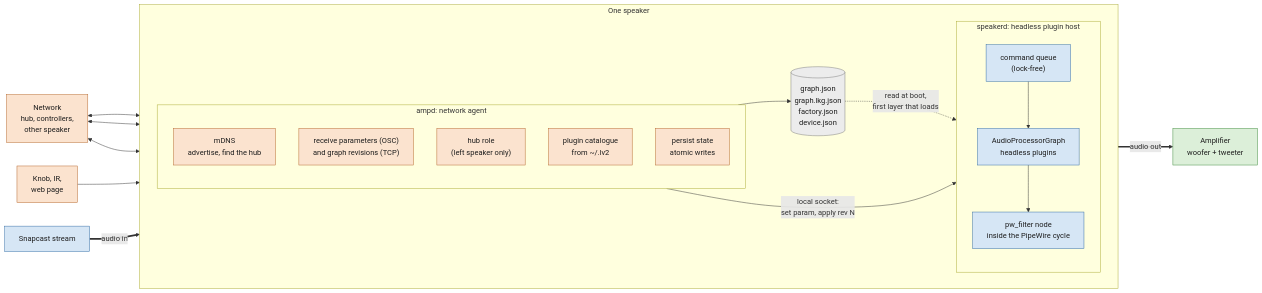
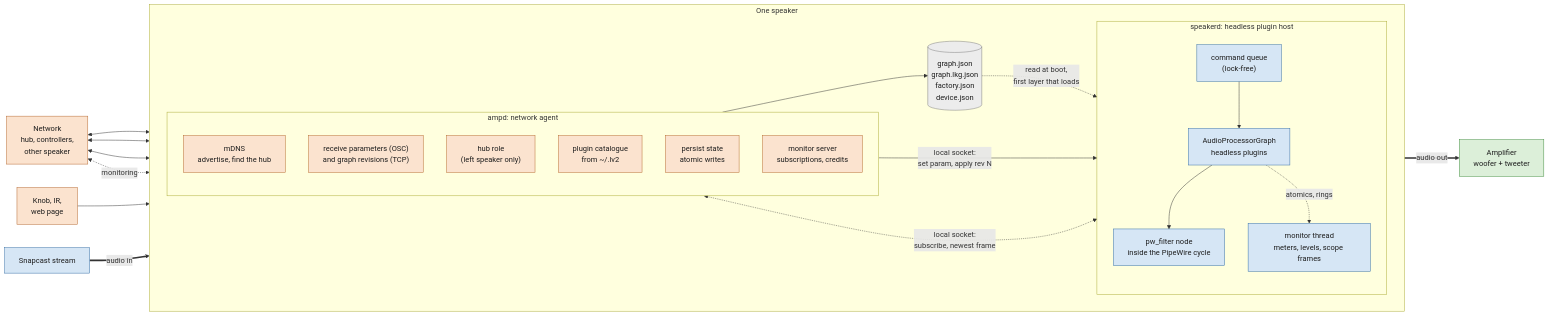
Before and after one commit to AMuszkat/bpi_amp_platform: the fourth of 12 diagrams in docs/remote-plugin-host.md, drawn with Mermaid. The commit also changed other lines of this file and 1 other file, not shown here.

First line of the commit message:
Add monitoring from the speakers to the controller

````diff
--- a/docs/remote-plugin-host.md
+++ b/docs/remote-plugin-host.md
@@ -182,40 +190,45 @@
 ```mermaid
 flowchart LR
     classDef ctl fill:#fbe3cf,stroke:#b4642a,color:#1d1d1d
     classDef aud fill:#d6e6f5,stroke:#2f6aa3,color:#1d1d1d
     classDef sto fill:#ececec,stroke:#7a7a7a,color:#1d1d1d
     classDef hw fill:#dcefd9,stroke:#3d8a3a,color:#1d1d1d
 
     net["Network<br/>hub, controllers,<br/>other speaker"]:::ctl
     knob["Knob, IR,<br/>web page"]:::ctl
 
     subgraph SPK["One speaker"]
         direction LR
         subgraph AMPD["ampd: network agent"]
             direction TB
             disc["mDNS<br/>advertise, find the hub"]:::ctl
             rx["receive parameters (OSC)<br/>and graph revisions (TCP)"]:::ctl
             hubrole["hub role<br/>(left speaker only)"]:::ctl
             cat["plugin catalogue<br/>from ~/.lv2"]:::ctl
             persist["persist state<br/>atomic writes"]:::ctl
+            msrv["monitor server<br/>subscriptions, credits"]:::ctl
         end
         files[("graph.json<br/>graph.lkg.json<br/>factory.json<br/>device.json")]:::sto
         subgraph SD["speakerd: headless plugin host"]
             direction TB
             cmd["command queue<br/>(lock-free)"]:::aud
             eng["AudioProcessorGraph<br/>headless plugins"]:::aud
             pwf["pw_filter node<br/>inside the PipeWire cycle"]:::aud
+            mon["monitor thread<br/>meters, levels, scope frames"]:::aud
             cmd --> eng --> pwf
+            eng -. "atomics, rings" .-> mon
         end
         rx -- "local socket:<br/>set param, apply rev N" --> cmd
+        msrv <-. "local socket:<br/>subscribe, newest frame" .-> mon
         persist --> files
         files -. "read at boot,<br/>first layer that loads" .-> eng
     end
 
     net <--> disc
     net <--> rx
     net <--> hubrole
+    net <-. "monitoring" .-> msrv
     knob --> hubrole
     snap["Snapcast stream"]:::aud == "audio in" ==> pwf
     pwf == "audio out" ==> amp["Amplifier<br/>woofer + tweeter"]:::hw
 ```
````
